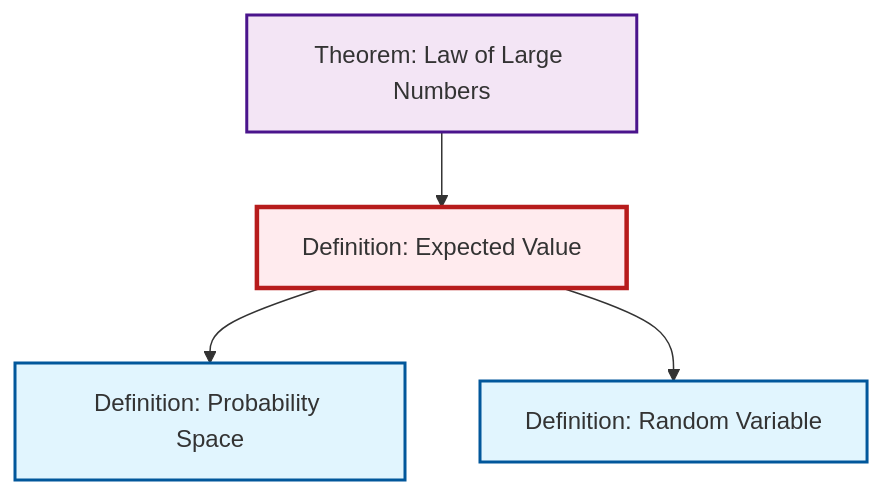
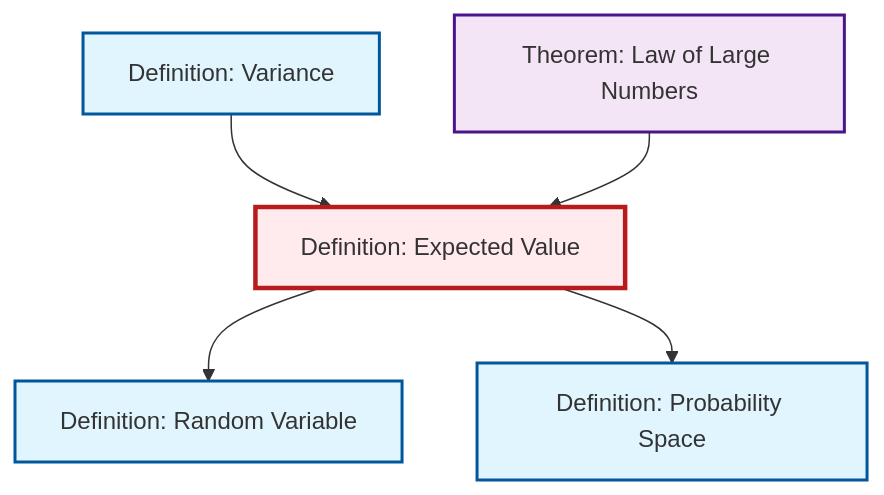
Before and after one commit to RK0429/ModernMath: the second of 2 diagrams in content/en/probability-statistics/def-expectation.qmd, drawn with Mermaid. The commit also changed 474 other files, not shown here.

````diff
--- a/content/en/probability-statistics/def-expectation.qmd
+++ b/content/en/probability-statistics/def-expectation.qmd
@@ -80,20 +80,23 @@
 ```{mermaid}
 %%| fig-cap: "Local dependency graph"
 graph TD
     classDef definition fill:#e1f5fe,stroke:#01579b,stroke-width:2px
     classDef theorem fill:#f3e5f5,stroke:#4a148c,stroke-width:2px
     classDef axiom fill:#fff3e0,stroke:#e65100,stroke-width:2px
     classDef example fill:#e8f5e9,stroke:#1b5e20,stroke-width:2px
     classDef current fill:#ffebee,stroke:#b71c1c,stroke-width:3px
+    thm-law-of-large-numbers["Theorem: Law of Large Numbers"]:::theorem
+    def-expectation["Definition: Expected Value"]:::definition
     def-random-variable["Definition: Random Variable"]:::definition
     def-probability-space["Definition: Probability Space"]:::definition
-    thm-law-of-large-numbers["Theorem: Law of Large Numbers"]:::theorem
-    def-expectation["Definition: Expected Value"]:::definition
+    def-variance["Definition: Variance"]:::definition
+    def-expectation --> def-random-variable
+    def-variance --> def-expectation
     thm-law-of-large-numbers --> def-expectation
     def-expectation --> def-probability-space
-    def-expectation --> def-random-variable
     class def-expectation current
+    click thm-law-of-large-numbers "thm-law-of-large-numbers.html" "Go to Law of Large Numbers theorem"
     click def-random-variable "def-random-variable.html" "Go to Random Variable definition"
     click def-probability-space "def-probability-space.html" "Go to Probability Space definition"
-    click thm-law-of-large-numbers "thm-law-of-large-numbers.html" "Go to Law of Large Numbers theorem"
+    click def-variance "def-variance.html" "Go to Variance definition"
 ```
````
